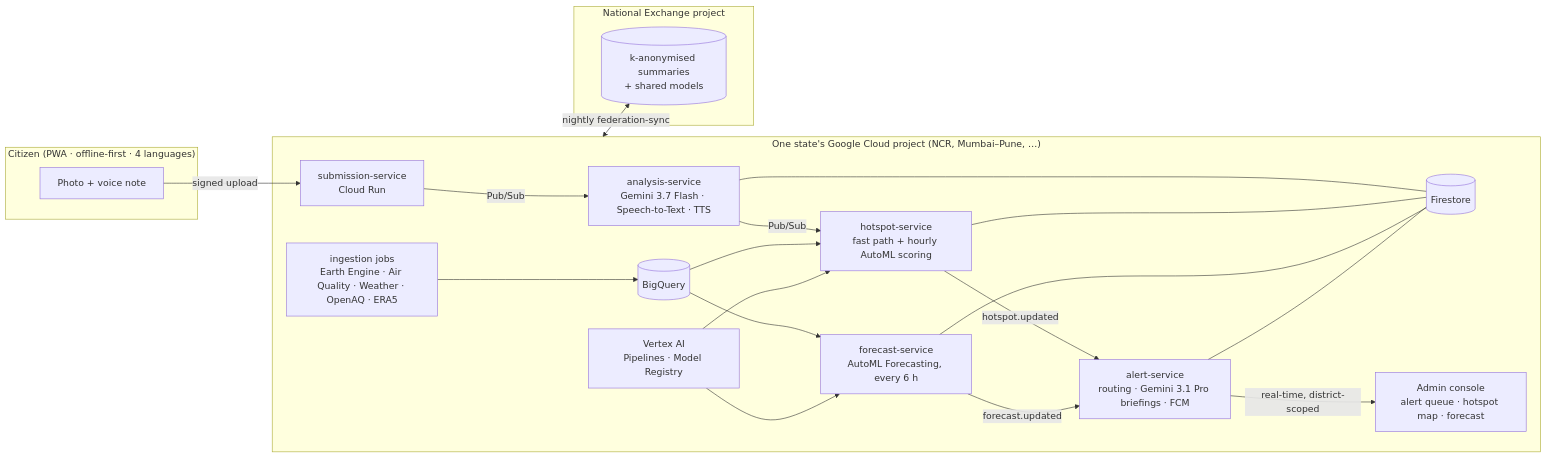
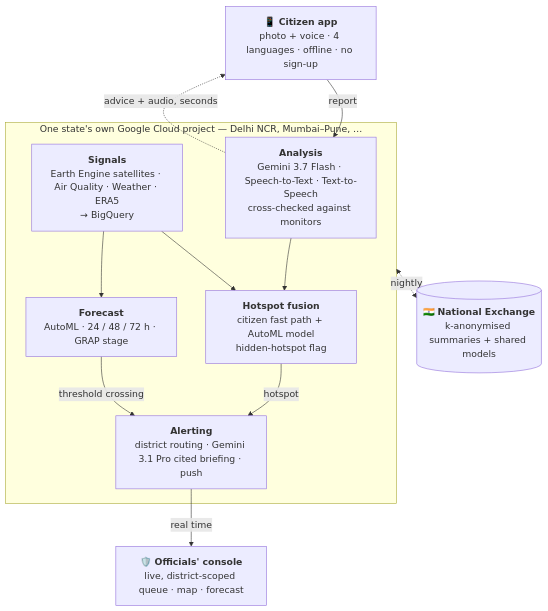
One commit to aamir-coding/vayusetu changed the diagram in README.md. Above: the diagram before and after it, drawn with Mermaid.

Commit message:
docs(readme): readable top-down architecture diagram

````diff
--- a/README.md
+++ b/README.md
@@ -103,28 +103,22 @@
 ```mermaid
-flowchart LR
-  subgraph Citizen["Citizen (PWA · offline-first · 4 languages)"]
-    P[Photo + voice note]
+flowchart TB
+  C["📱 <b>Citizen app</b><br/>photo + voice · 4 languages · offline · no sign-up"]
+  subgraph ST["One state's own Google Cloud project — Delhi NCR, Mumbai–Pune, …"]
+    A["<b>Analysis</b><br/>Gemini 3.7 Flash · Speech-to-Text · Text-to-Speech<br/>cross-checked against monitors"]
+    D["<b>Signals</b><br/>Earth Engine satellites · Air Quality · Weather · ERA5<br/>→ BigQuery"]
+    H["<b>Hotspot fusion</b><br/>citizen fast path + AutoML model<br/>hidden-hotspot flag"]
+    F["<b>Forecast</b><br/>AutoML · 24 / 48 / 72 h · GRAP stage"]
+    AL["<b>Alerting</b><br/>district routing · Gemini 3.1 Pro cited briefing · push"]
   end
-  subgraph State["One state's Google Cloud project (NCR, Mumbai–Pune, …)"]
-    S[submission-service<br/>Cloud Run]
-    A[analysis-service<br/>Gemini 3.7 Flash · Speech-to-Text · TTS]
-    H[hotspot-service<br/>fast path + hourly AutoML scoring]
-    F[forecast-service<br/>AutoML Forecasting, every 6 h]
-    AL[alert-service<br/>routing · Gemini 3.1 Pro briefings · FCM]
-    I[ingestion jobs<br/>Earth Engine · Air Quality · Weather · OpenAQ · ERA5]
-    FS[(Firestore)]
-    BQ[(BigQuery)]
-    V[Vertex AI<br/>Pipelines · Model Registry]
-    AD[Admin console<br/>alert queue · hotspot map · forecast]
-  end
-  subgraph Nation["National Exchange project"]
-    X[(k-anonymised summaries<br/>+ shared models)]
-  end
-  P -->|signed upload| S -->|Pub/Sub| A -->|Pub/Sub| H -->|hotspot.updated| AL
-  F -->|forecast.updated| AL
-  I --> BQ --> H & F
-  V --> H & F
-  A & H & F & AL --- FS
-  AL -->|real-time, district-scoped| AD
-  State <-->|nightly federation-sync| X
+  O["🛡️ <b>Officials' console</b><br/>live, district-scoped queue · map · forecast"]
+  X[("🇮🇳 <b>National Exchange</b><br/>k-anonymised summaries + shared models")]
+  C -->|report| A
+  A -.->|advice + audio, seconds| C
+  A --> H
+  D --> H
+  D --> F
+  H -->|hotspot| AL
+  F -->|threshold crossing| AL
+  AL -->|real time| O
+  ST <-.->|nightly| X
 ```
````
